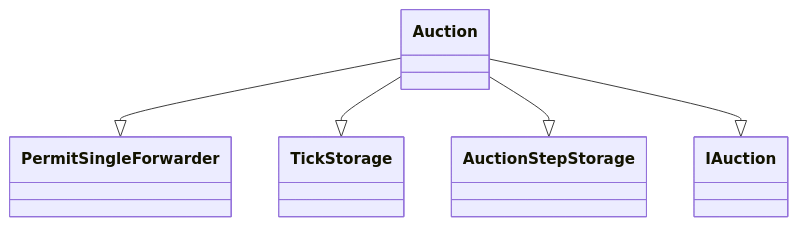
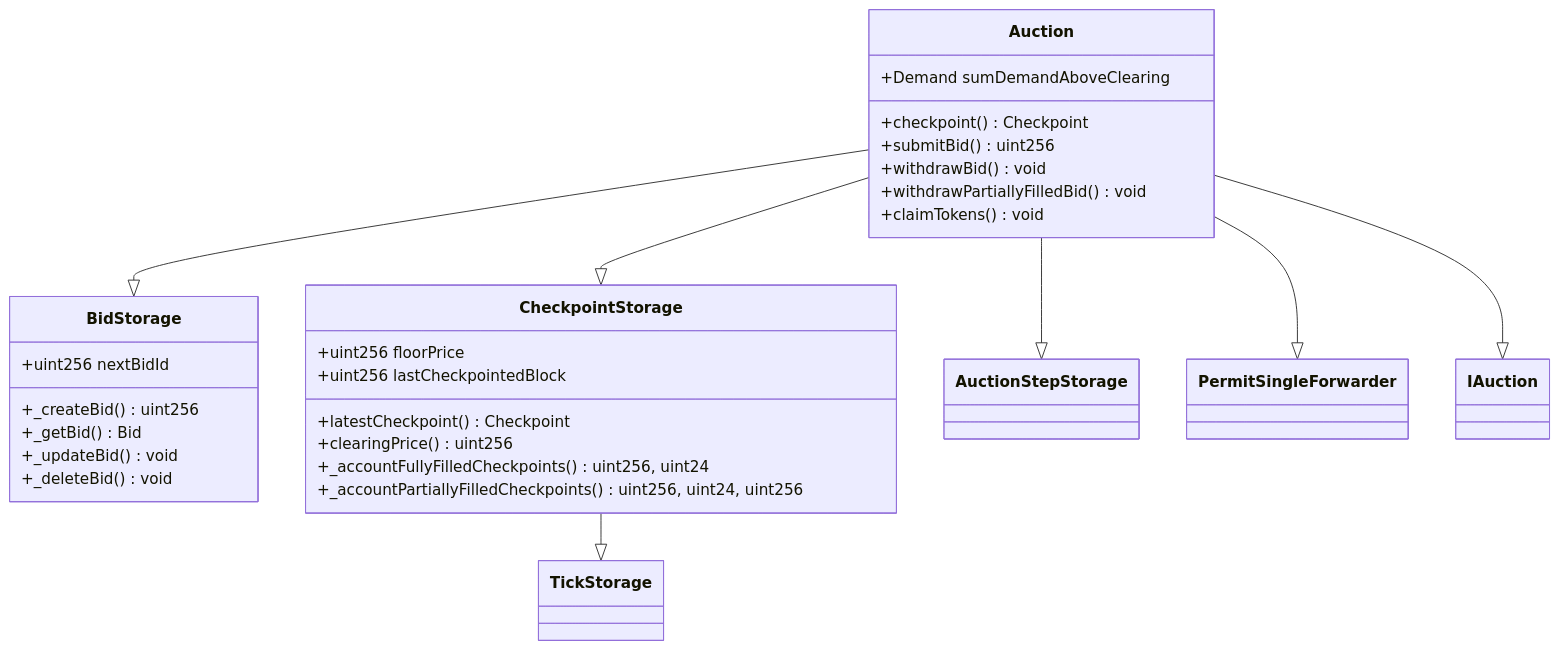
The second of 11 diagrams in README.md (Uniswap/continuous-clearing-auction), drawn with Mermaid before and after one commit. The commit also changed other lines of this file, not shown here.

Commit message:
Add diagrams to readme

````diff
--- a/README.md
+++ b/README.md
@@ -82,12 +99,42 @@
 ```mermaid
 classDiagram
-    class PermitSingleForwarder
+    class BidStorage
+    class CheckpointStorage
     class TickStorage
     class AuctionStepStorage
+    class PermitSingleForwarder
     class IAuction
+    
+    CheckpointStorage --|> TickStorage
+    Auction --|> BidStorage
+    Auction --|> CheckpointStorage
+    Auction --|> AuctionStepStorage
     Auction --|> PermitSingleForwarder
-    Auction --|> TickStorage
-    Auction --|> AuctionStepStorage
     Auction --|> IAuction
-    class Auction
+    
+    class Auction {
+        +Demand sumDemandAboveClearing
+        +checkpoint() Checkpoint
+        +submitBid() uint256
+        +withdrawBid() void
+        +withdrawPartiallyFilledBid() void
+        +claimTokens() void
+    }
+    
+    class BidStorage {
+        +uint256 nextBidId
+        +_createBid() uint256
+        +_getBid() Bid
+        +_updateBid() void
+        +_deleteBid() void
+    }
+    
+    class CheckpointStorage {
+        +uint256 floorPrice
+        +uint256 lastCheckpointedBlock
+        +latestCheckpoint() Checkpoint
+        +clearingPrice() uint256
+        +_accountFullyFilledCheckpoints() uint256, uint24
+        +_accountPartiallyFilledCheckpoints() uint256, uint24, uint256
+    }
 ```
````
